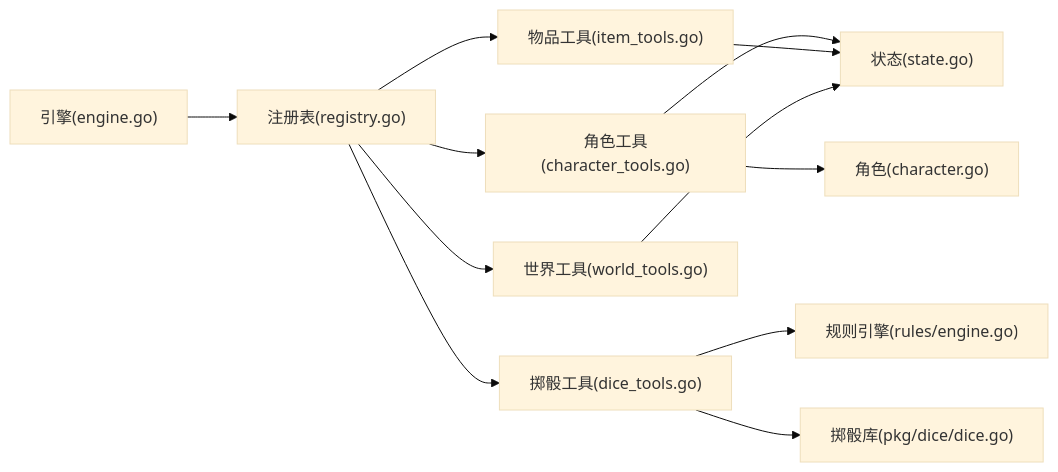
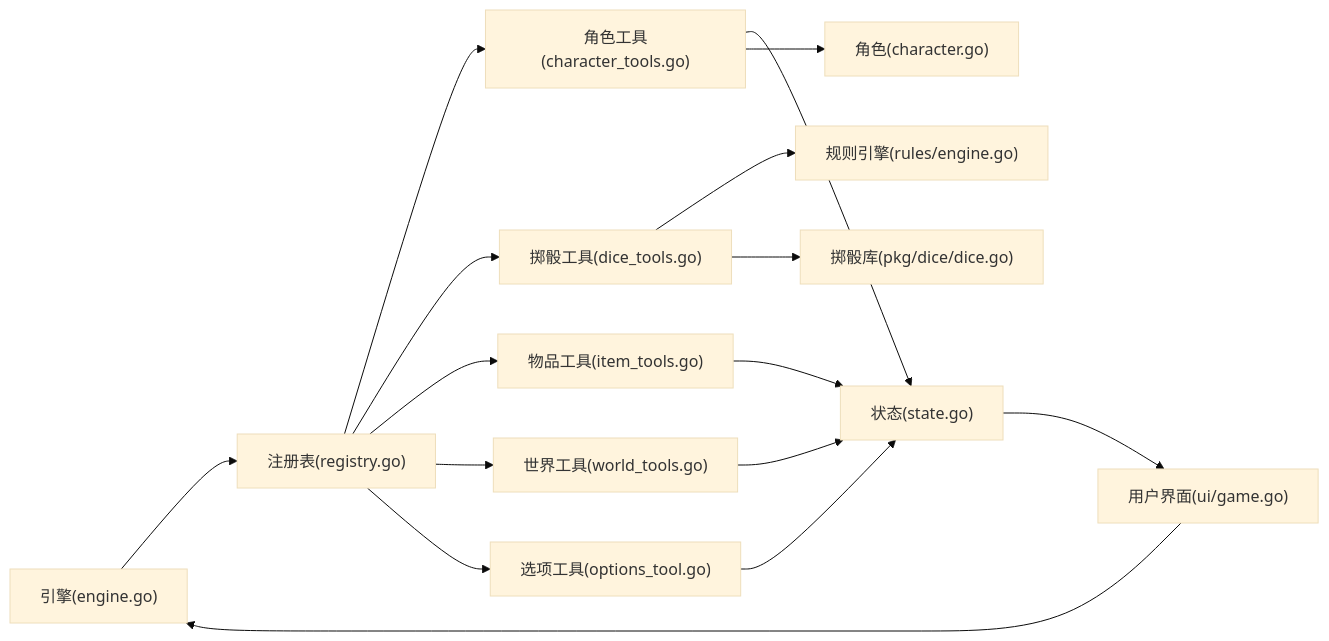
Before and after one commit to zwh8800/cdnd: diagram 12 of 12 in .qoder/repowiki/zh/content/工具系统/工具系统.md, drawn with Mermaid (base theme). The commit also changed other lines of this file and 5 other files, not shown here.

````diff
--- a/.qoder/repowiki/zh/content/工具系统/工具系统.md
+++ b/.qoder/repowiki/zh/content/工具系统/工具系统.md
@@ -441,14 +523,18 @@
 ```mermaid
 graph LR
 ENG["引擎(engine.go)"] --> REG["注册表(registry.go)"]
 REG --> CT["角色工具(character_tools.go)"]
 REG --> DT["掷骰工具(dice_tools.go)"]
 REG --> IT["物品工具(item_tools.go)"]
 REG --> WT["世界工具(world_tools.go)"]
+REG --> OPT["选项工具(options_tool.go)"]
 CT --> ST["状态(state.go)"]
 IT --> ST
 WT --> ST
+OPT --> ST
 DT --> RE["规则引擎(rules/engine.go)"]
 DT --> DI["掷骰库(pkg/dice/dice.go)"]
 CT --> CH["角色(character.go)"]
+ST --> UI["用户界面(ui/game.go)"]
+UI --> ENG
 ```
````
